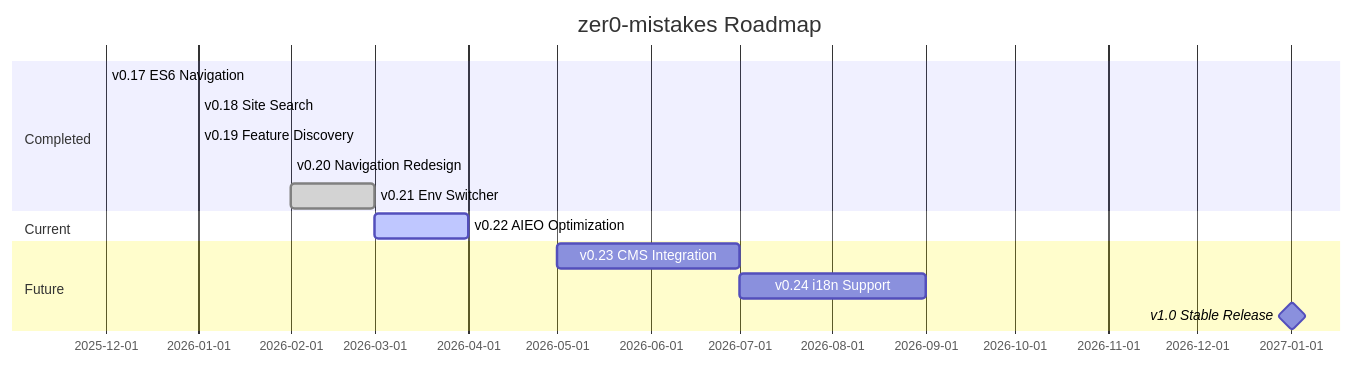
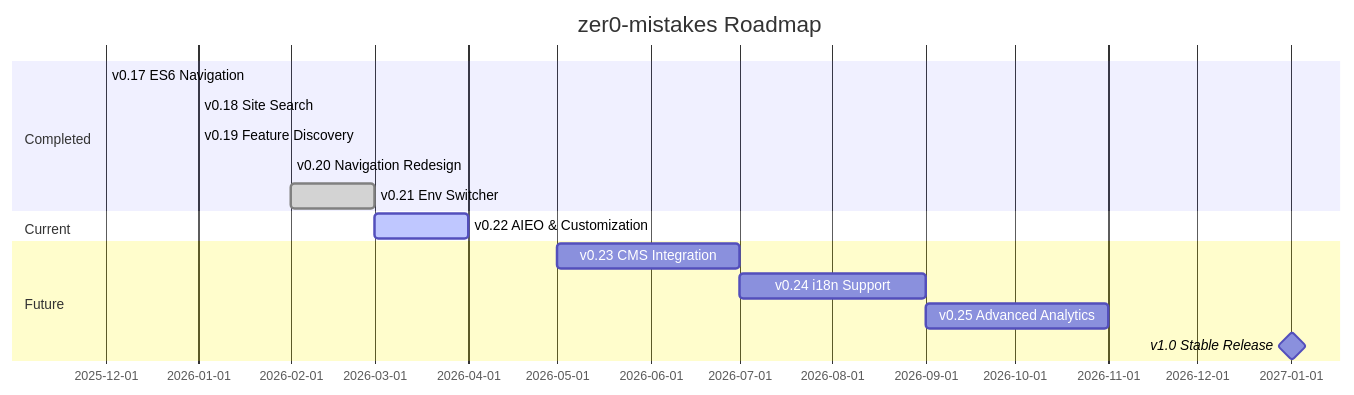
Before and after one commit to bamr87/zer0-mistakes: diagram 12 of 13 in README.md, drawn with Mermaid. The commit also changed other lines of this file and 7 other files, not shown here.

First line of the commit message:
docs(roadmap): data-driven roadmap with auto-generated mermaid diagram

````diff
--- a/README.md
+++ b/README.md
@@ -700,17 +701,18 @@
 ```mermaid
 gantt
     title zer0-mistakes Roadmap
     dateFormat YYYY-MM
     section Completed
-    v0.17 ES6 Navigation      :done, 2025-12, 2025-12
-    v0.18 Site Search         :done, 2026-01, 2026-01
-    v0.19 Feature Discovery   :done, 2026-01, 2026-01
-    v0.20 Navigation Redesign :done, 2026-02, 2026-02
-    v0.21 Env Switcher        :done, 2026-02, 2026-03
+    v0.17 ES6 Navigation         :done, 2025-12, 2025-12
+    v0.18 Site Search            :done, 2026-01, 2026-01
+    v0.19 Feature Discovery      :done, 2026-01, 2026-01
+    v0.20 Navigation Redesign    :done, 2026-02, 2026-02
+    v0.21 Env Switcher           :done, 2026-02, 2026-03
     section Current
-    v0.22 AIEO Optimization   :active, 2026-03, 2026-04
+    v0.22 AIEO & Customization   :active, 2026-03, 2026-04
     section Future
-    v0.23 CMS Integration     :2026-05, 2026-07
-    v0.24 i18n Support        :2026-07, 2026-09
-    v1.0 Stable Release       :milestone, 2027-01, 1d
+    v0.23 CMS Integration        :2026-05, 2026-07
+    v0.24 i18n Support           :2026-07, 2026-09
+    v0.25 Advanced Analytics     :2026-09, 2026-11
+    v1.0 Stable Release          :milestone, 2027-01, 1d
 ```
````
